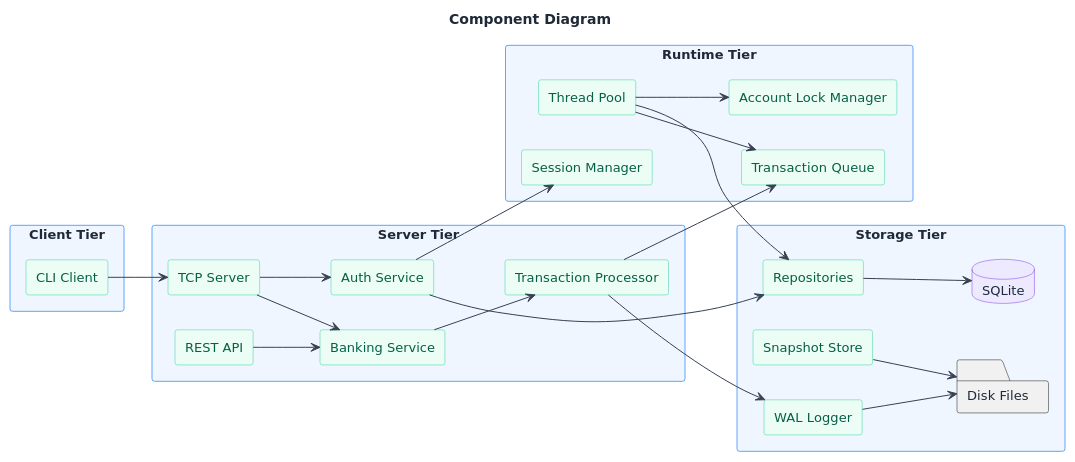
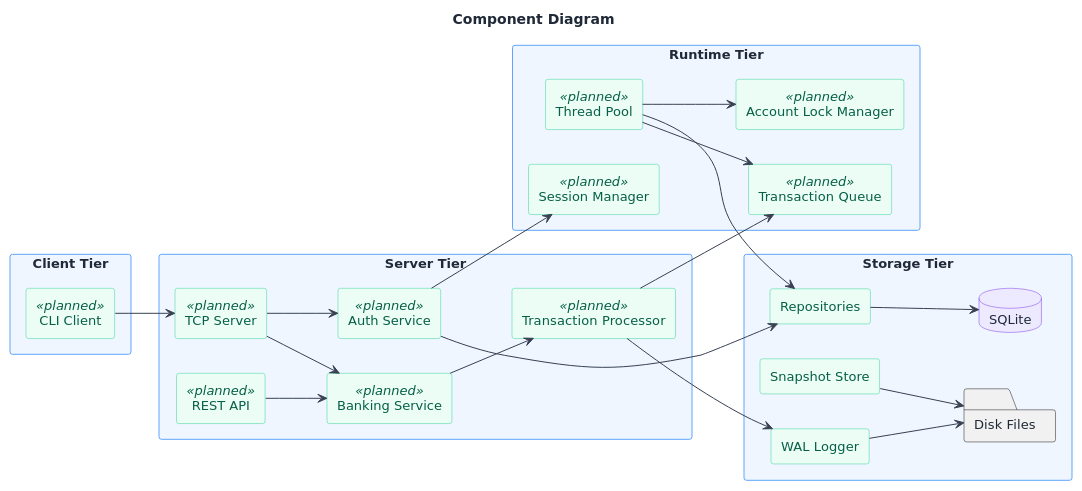
Before and after one commit to alichlaifa/Bank_Managment_System: the diagram in docs/uml/component/03_component.puml, drawn with PlantUML. The commit also changed 3 other files, not shown here.

First line of the commit message:
docs(uml): reconcile diagrams with implemented code

```diff
--- a/docs/uml/component/03_component.puml
+++ b/docs/uml/component/03_component.puml
@@ -1,86 +1,86 @@
 @startuml 03_component
 skinparam backgroundColor #FFFFFF
 skinparam shadowing false
 skinparam defaultFontName "DejaVu Sans"
 skinparam defaultFontSize 13
 skinparam defaultFontColor #1F2937
 skinparam ArrowColor #374151
 skinparam ArrowFontColor #111827
 skinparam ArrowFontSize 12
 skinparam classBackgroundColor #F9FAFB
 skinparam classBorderColor #6B7280
 skinparam classArrowColor #374151
 skinparam classFontColor #111827
 skinparam classFontStyle bold
 skinparam classAttributeFontColor #374151
 skinparam packageStyle rectangle
 skinparam packageBackgroundColor #EFF6FF
 skinparam packageBorderColor #60A5FA
 skinparam packageFontColor #1E3A8A
 skinparam packageFontStyle bold
 skinparam noteBackgroundColor #FEF3C7
 skinparam noteBorderColor #F59E0B
 skinparam noteFontColor #78350F
 skinparam componentStyle rectangle
 skinparam componentBackgroundColor #ECFDF5
 skinparam componentBorderColor #34D399
 skinparam componentFontColor #065F46
 skinparam actorBackgroundColor #FCE7F3
 skinparam actorBorderColor #EC4899
 skinparam usecaseBackgroundColor #FEF2F2
 skinparam usecaseBorderColor #F87171
 skinparam sequenceLifeLineBackgroundColor #F3F4F6
 skinparam sequenceLifeLineBorderColor #9CA3AF
 skinparam sequenceParticipantBackgroundColor #DBEAFE
 skinparam sequenceParticipantBorderColor #2563EB
 skinparam sequenceArrowColor #374151
 skinparam stateBackgroundColor #F0FDF4
 skinparam stateBorderColor #16A34A
 skinparam stateFontColor #14532D
 skinparam activityBackgroundColor #FEF9C3
 skinparam activityBorderColor #EAB308
 skinparam databaseBackgroundColor #EDE9FE
 skinparam databaseBorderColor #7C3AED
 title Component Diagram
 left to right direction
 
 package "Client Tier" {
-  component [CLI Client] as CLI
+  component [CLI Client] as CLI <<planned>>
 }
 package "Server Tier" {
-  component [TCP Server] as TCP
-  component [REST API] as REST
-  component [Banking Service] as Bank
-  component [Auth Service] as Auth
-  component [Transaction Processor] as TxProc
+  component [TCP Server] as TCP <<planned>>
+  component [REST API] as REST <<planned>>
+  component [Banking Service] as Bank <<planned>>
+  component [Auth Service] as Auth <<planned>>
+  component [Transaction Processor] as TxProc <<planned>>
 }
 package "Runtime Tier" {
-  component [Thread Pool] as Pool
-  component [Transaction Queue] as Queue
-  component [Account Lock Manager] as Locks
-  component [Session Manager] as Sessions
+  component [Thread Pool] as Pool <<planned>>
+  component [Transaction Queue] as Queue <<planned>>
+  component [Account Lock Manager] as Locks <<planned>>
+  component [Session Manager] as Sessions <<planned>>
 }
 package "Storage Tier" {
   component [WAL Logger] as WAL
   component [Snapshot Store] as Snap
   component [Repositories] as Repos
   database "SQLite" as DB
   folder "Disk Files" as Disk
 }
 
 CLI --> TCP
 REST --> Bank
 TCP --> Auth
 TCP --> Bank
 Bank --> TxProc
 TxProc --> Queue
 Pool --> Queue
 Pool --> Locks
 Pool --> Repos
 TxProc --> WAL
 WAL --> Disk
 Repos --> DB
 Snap --> Disk
 Auth --> Repos
 Auth --> Sessions
 @enduml
```
